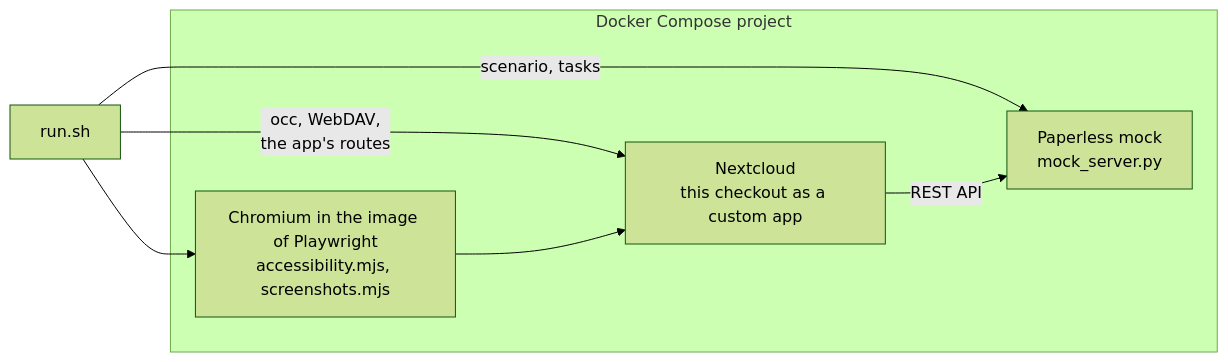
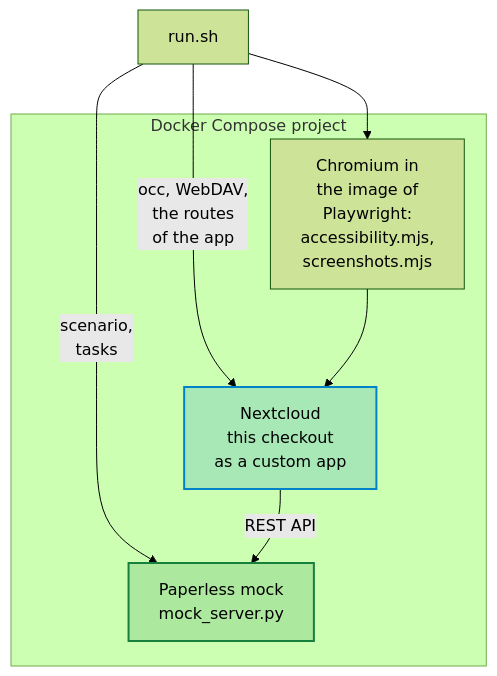
The first of 2 diagrams in tests/e2e/README.md (Dennis-Otto/paperless-sync), drawn with Mermaid (forest theme) before and after one commit. The commit also changed other lines of this file and 4 other files, not shown here.

First line of the commit message:
docs: readable and accessible diagrams on the website (#100)

````diff
--- a/tests/e2e/README.md
+++ b/tests/e2e/README.md
@@ -5,10 +5,28 @@
 ```mermaid
-flowchart LR
-    run["run.sh"] -->|occ, WebDAV,<br>the app's routes| nextcloud
-    run -->|scenario, tasks| mock
+---
+config:
+  flowchart:
+    nodeSpacing: 24
+---
+flowchart TB
+    accTitle: What the end-to-end tests run
+    accDescr: run.sh drives a Docker Compose project. It talks to Nextcloud, which runs this checkout as a custom app, through occ, WebDAV and the routes of the app; it sets the scenario and the tasks of the Paperless mock, mock_server.py, which Nextcloud calls through the REST API; and it starts Chromium in the image of Playwright, which runs accessibility.mjs and screenshots.mjs against Nextcloud.
+
+    run["run.sh"]
     subgraph compose ["Docker Compose project"]
-        nextcloud["Nextcloud<br>this checkout as a custom app"] -->|REST API| mock["Paperless mock<br>mock_server.py"]
-        browser["Chromium in the image of Playwright<br>accessibility.mjs, screenshots.mjs"] --> nextcloud
+        browser["Chromium in<br>the image of<br>Playwright:<br>accessibility.mjs,<br>screenshots.mjs"]
+        nextcloud["Nextcloud<br>this checkout<br>as a custom app"]
+        mock["Paperless mock<br>mock_server.py"]
     end
+
     run --> browser
+    run -- "occ, WebDAV,<br>the routes<br>of the app" --> nextcloud
+    run -- "scenario,<br>tasks" --> mock
+    browser --> nextcloud
+    nextcloud -- "REST API" --> mock
+
+    classDef nextcloud fill:#0082c92e,stroke:#0082c9,stroke-width:2px
+    classDef paperless fill:#17803d2e,stroke:#17803d,stroke-width:2px
+    class nextcloud nextcloud
+    class mock paperless
 ```
````
